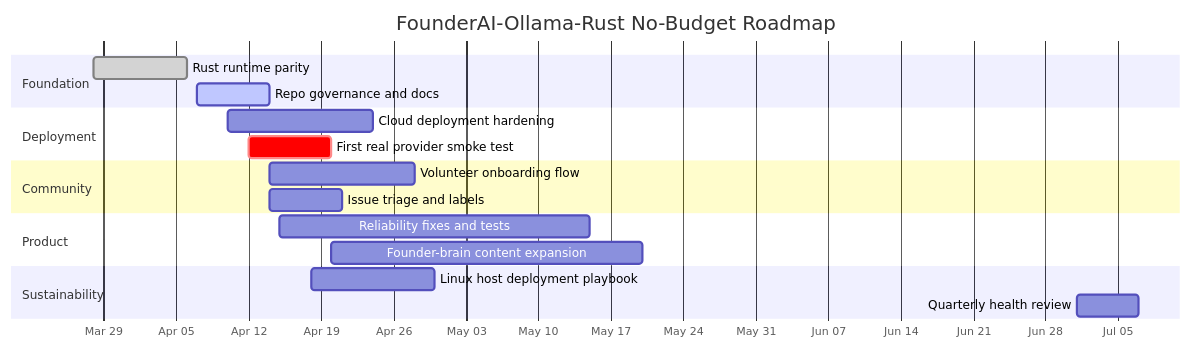
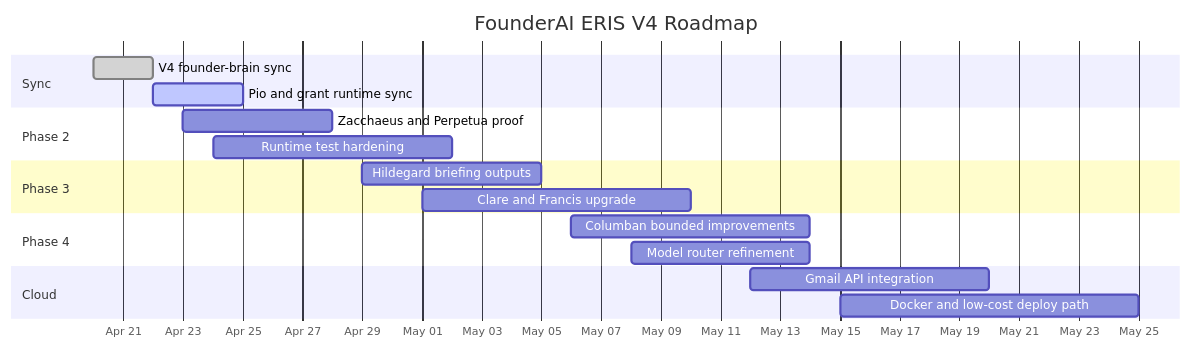
The diagram in docs/roadmap.md (HajaFabrice/founderAiCheap), drawn with Mermaid before and after one commit. The commit also changed other lines of this file and 45 other files, not shown here.

````diff
--- a/docs/roadmap.md
+++ b/docs/roadmap.md
@@ -8,26 +7,26 @@
 ```mermaid
 gantt
-    title FounderAI-Ollama-Rust No-Budget Roadmap
+    title FounderAI ERIS V4 Roadmap
     dateFormat  YYYY-MM-DD
     axisFormat  %b %d
 
-    section Foundation
-    Rust runtime parity             :done, foundation1, 2026-03-28, 2026-04-06
-    Repo governance and docs        :active, foundation2, 2026-04-07, 2026-04-14
+    section Sync
+    V4 founder-brain sync             :done, sync1, 2026-04-20, 2026-04-22
+    Pio and grant runtime sync        :active, sync2, 2026-04-22, 2026-04-25
 
-    section Deployment
-    Cloud deployment hardening      :deploy1, 2026-04-10, 2026-04-24
-    First real provider smoke test  :crit, deploy2, 2026-04-12, 2026-04-20
+    section Phase 2
+    Zacchaeus and Perpetua proof      :phase2a, 2026-04-23, 2026-04-28
+    Runtime test hardening            :phase2b, 2026-04-24, 2026-05-02
 
-    section Community
-    Volunteer onboarding flow       :community1, 2026-04-14, 2026-04-28
-    Issue triage and labels         :community2, 2026-04-14, 2026-04-21
+    section Phase 3
+    Hildegard briefing outputs        :phase3a, 2026-04-29, 2026-05-05
+    Clare and Francis upgrade         :phase3b, 2026-05-01, 2026-05-10
 
-    section Product
-    Reliability fixes and tests     :product1, 2026-04-15, 2026-05-15
-    Founder-brain content expansion :product2, 2026-04-20, 2026-05-20
+    section Phase 4
+    Columban bounded improvements     :phase4a, 2026-05-06, 2026-05-14
+    Model router refinement           :phase4b, 2026-05-08, 2026-05-14
 
-    section Sustainability
-    Linux host deployment playbook  :sustain1, 2026-04-18, 2026-04-30
-    Quarterly health review         :sustain2, 2026-07-01, 2026-07-07
+    section Cloud
+    Gmail API integration             :cloud1, 2026-05-12, 2026-05-20
+    Docker and low-cost deploy path   :cloud2, 2026-05-15, 2026-05-25
 ```
````
